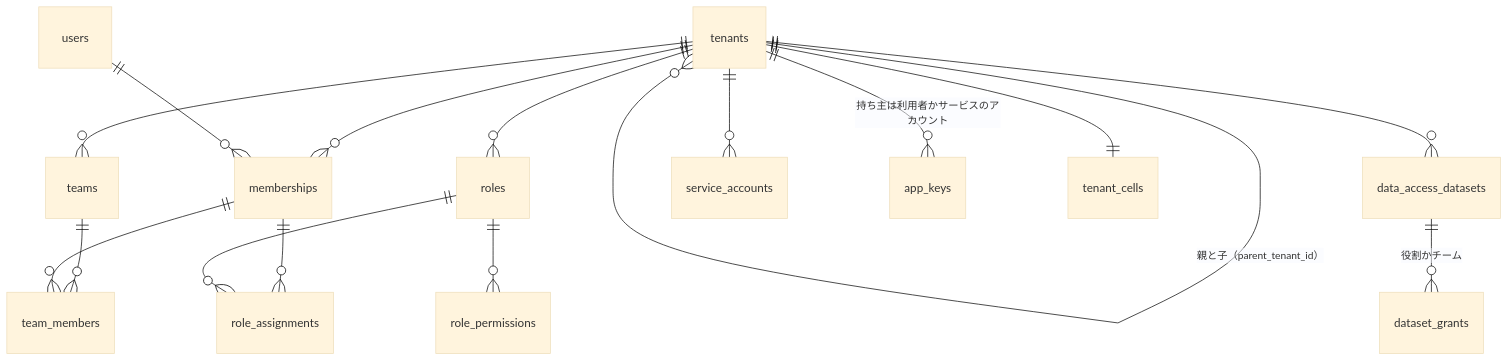
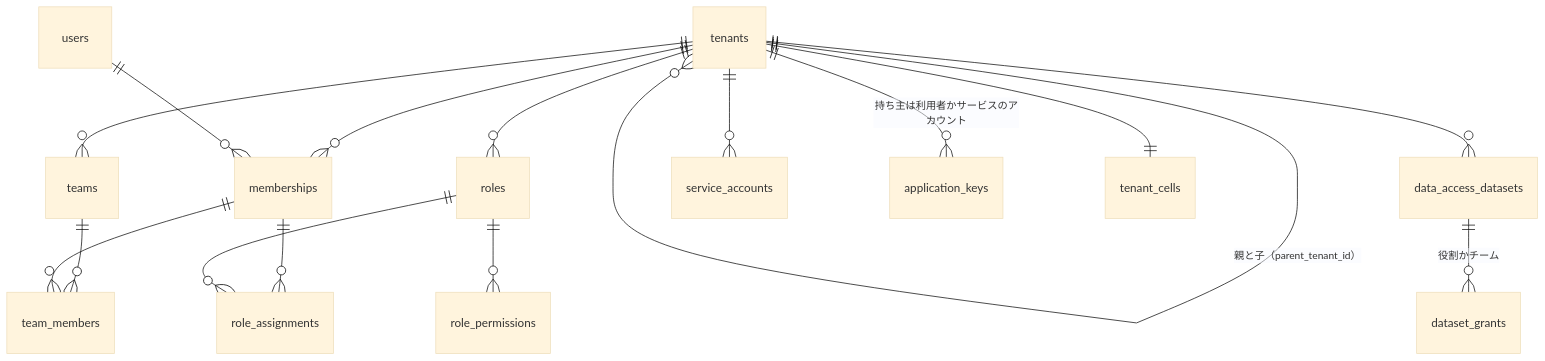
One commit to shoito/rebuilds changed the first of 4 diagrams in systems/datadog/docs/architecture/tenancy-and-rbac.md. Above: the diagram before and after it, drawn with Mermaid (base theme). The commit also changed other lines of this file and 41 other files, not shown here.

````diff
--- a/systems/datadog/docs/architecture/tenancy-and-rbac.md
+++ b/systems/datadog/docs/architecture/tenancy-and-rbac.md
@@ -44,18 +44,18 @@
 ```mermaid
 erDiagram
     tenants ||--o{ tenants : "親と子（parent_tenant_id）"
     tenants ||--o{ memberships : ""
     users ||--o{ memberships : ""
     tenants ||--o{ teams : ""
     teams ||--o{ team_members : ""
     memberships ||--o{ team_members : ""
     tenants ||--o{ roles : ""
     roles ||--o{ role_permissions : ""
     memberships ||--o{ role_assignments : ""
     roles ||--o{ role_assignments : ""
     tenants ||--o{ data_access_datasets : ""
     data_access_datasets ||--o{ dataset_grants : "役割かチーム"
     tenants ||--o{ service_accounts : ""
-    tenants ||--o{ app_keys : "持ち主は利用者かサービスのアカウント"
+    tenants ||--o{ application_keys : "持ち主は利用者かサービスのアカウント"
     tenants ||--|| tenant_cells : ""
 ```
````
